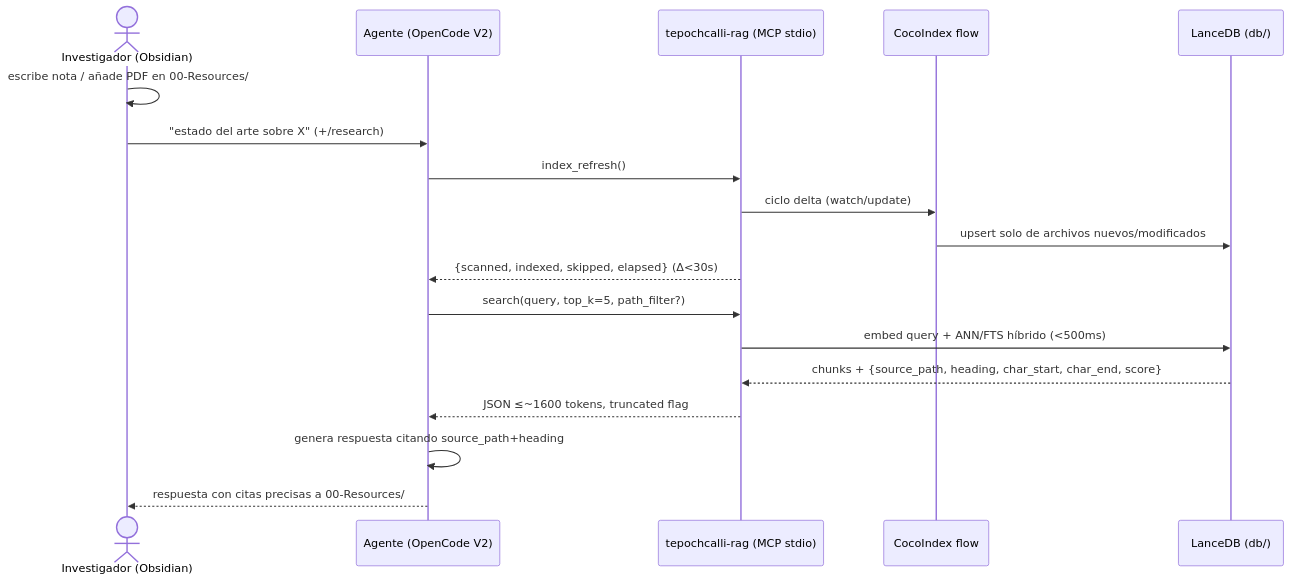
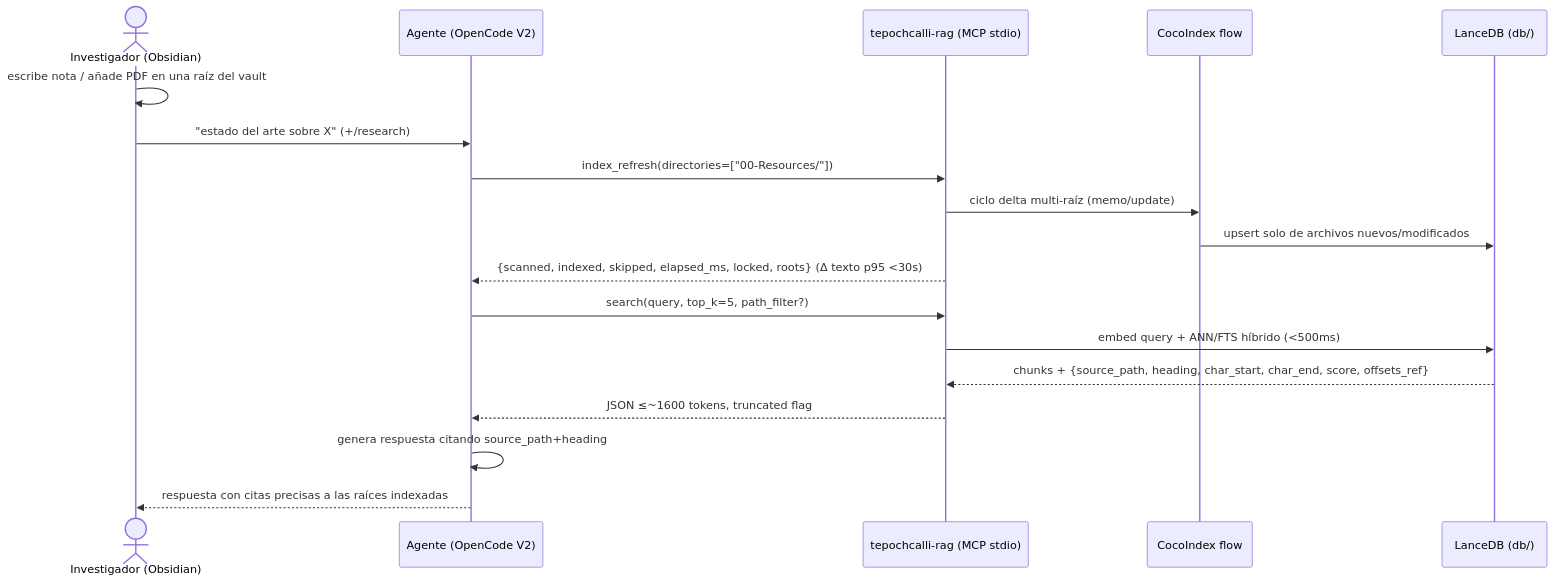
Before and after one commit to Fisherk2/tepochcalli-opencode: the second of 5 diagrams in docs/ARCHITECTURE.md, drawn with Mermaid. The commit also changed other lines of this file and 12 other files, not shown here.

````diff
--- a/docs/ARCHITECTURE.md
+++ b/docs/ARCHITECTURE.md
@@ -67,21 +61,21 @@
 ```mermaid
 sequenceDiagram
     actor U as Investigador (Obsidian)
     participant A as Agente (OpenCode V2)
     participant S as tepochcalli-rag (MCP stdio)
     participant F as CocoIndex flow
     participant D as LanceDB (db/)
 
-    U->>U: escribe nota / añade PDF en 00-Resources/
+    U->>U: escribe nota / añade PDF en una raíz del vault
     U->>A: "estado del arte sobre X" (+/research)
-    A->>S: index_refresh()
-    S->>F: ciclo delta (watch/update)
+    A->>S: index_refresh(directories=["00-Resources/"])
+    S->>F: ciclo delta multi-raíz (memo/update)
     F->>D: upsert solo de archivos nuevos/modificados
-    S-->>A: {scanned, indexed, skipped, elapsed} (Δ<30s)
+    S-->>A: {scanned, indexed, skipped, elapsed_ms, locked, roots} (Δ texto p95 <30s)
     A->>S: search(query, top_k=5, path_filter?)
     S->>D: embed query + ANN/FTS híbrido (<500ms)
-    D-->>S: chunks + {source_path, heading, char_start, char_end, score}
+    D-->>S: chunks + {source_path, heading, char_start, char_end, score, offsets_ref}
     S-->>A: JSON ≤~1600 tokens, truncated flag
     A->>A: genera respuesta citando source_path+heading
-    A-->>U: respuesta con citas precisas a 00-Resources/
+    A-->>U: respuesta con citas precisas a las raíces indexadas
 ```
````
